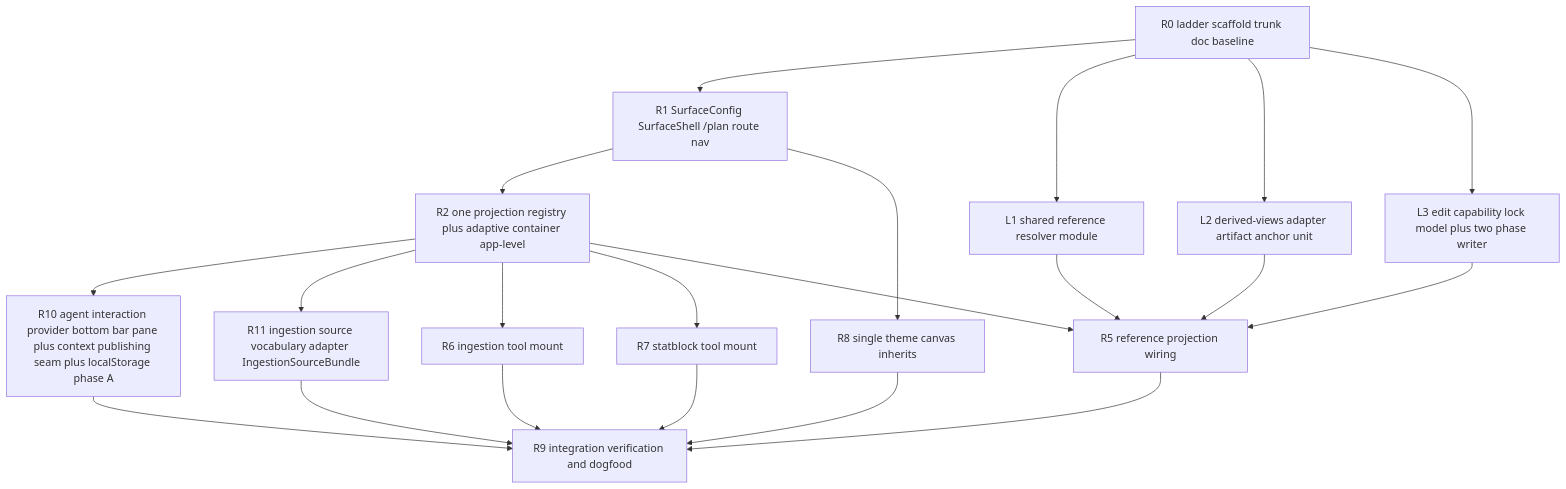
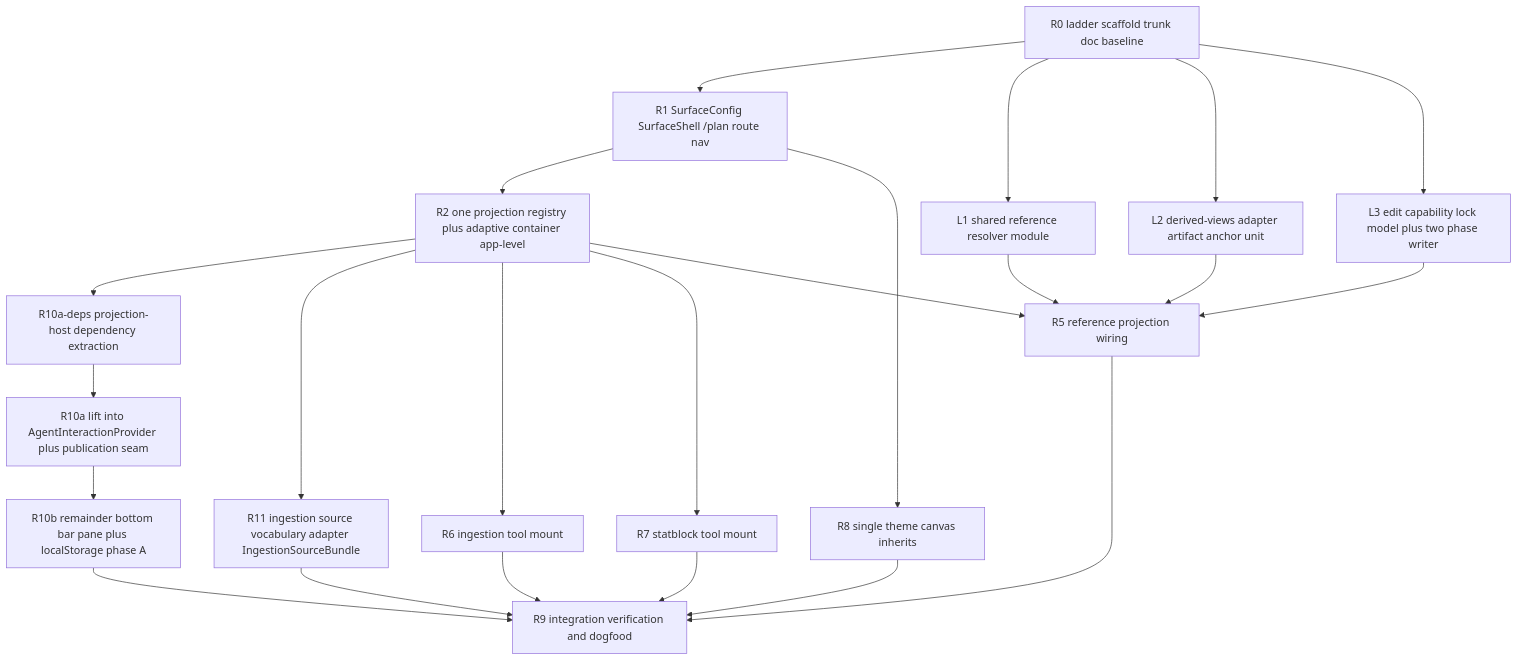
The second of 2 diagrams in Docs/Design/ARCHITECTURE-plan-surface-toolbox.md (Drakosfire/DungeonMindBuddy), drawn with Mermaid before and after one commit. The commit also changed other lines of this file and 2 other files, not shown here.

First line of the commit message:
docs(canvas): lock Path A R10a deps and independent BLD lane

````diff
--- a/Docs/Design/ARCHITECTURE-plan-surface-toolbox.md
+++ b/Docs/Design/ARCHITECTURE-plan-surface-toolbox.md
@@ -304,29 +304,31 @@
 ```mermaid
 flowchart TB
   r0["R0 ladder scaffold trunk doc baseline"] --> r1["R1 SurfaceConfig SurfaceShell /plan route nav"]
 
   r0 --> l1["L1 shared reference resolver module"]
   r0 --> l2["L2 derived-views adapter artifact anchor unit"]
   r0 --> l3["L3 edit capability lock model plus two phase writer"]
 
   r1 --> r2["R2 one projection registry plus adaptive container app-level"]
   r1 --> r8["R8 single theme canvas inherits"]
 
-  r2 --> r10["R10 agent interaction provider bottom bar pane plus context publishing seam plus localStorage phase A"]
+  r2 --> r10aDeps["R10a-deps projection-host dependency extraction"]
+  r10aDeps --> r10a["R10a lift into AgentInteractionProvider plus publication seam"]
+  r10a --> r10["R10b remainder bottom bar pane plus localStorage phase A"]
   r2 --> r11["R11 ingestion source vocabulary adapter IngestionSourceBundle"]
 
   r2 --> r6["R6 ingestion tool mount"]
   r2 --> r7["R7 statblock tool mount"]
 
   r2 --> r5["R5 reference projection wiring"]
   l1 --> r5
   l2 --> r5
   l3 --> r5
 
   r10 --> r9["R9 integration verification and dogfood"]
   r11 --> r9
   r5 --> r9
   r6 --> r9
   r7 --> r9
   r8 --> r9
 ```
````
